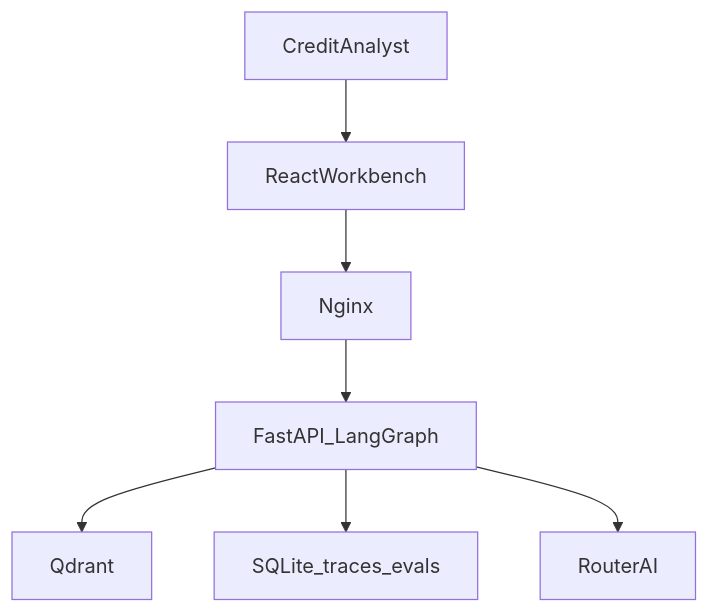
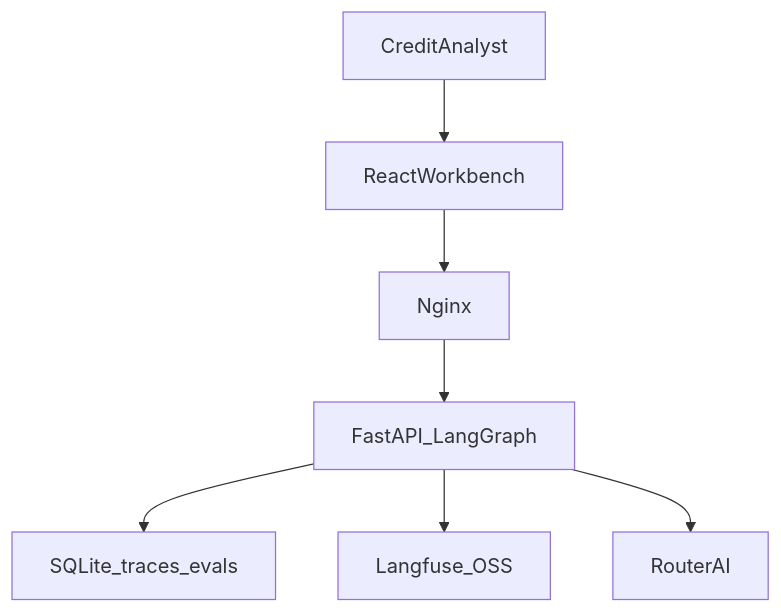
Before and after one commit to AdamCage/scoring-ai-agents-langchain: the diagram in docs/screenshots/diagrams/system-context.mmd, drawn with Mermaid. The commit also changed 80 other files, not shown here.

```diff
--- a/docs/screenshots/diagrams/system-context.mmd
+++ b/docs/screenshots/diagrams/system-context.mmd
@@ -1,12 +1,12 @@
 flowchart TB
   Analyst[CreditAnalyst]
   Browser[ReactWorkbench]
   Nginx[Nginx]
   App[FastAPI_LangGraph]
-  Qdrant[Qdrant]
   SQLite[SQLite_traces_evals]
+  Langfuse[Langfuse_OSS]
   RouterAI[RouterAI]
   Analyst --> Browser --> Nginx --> App
-  App --> Qdrant
   App --> SQLite
+  App --> Langfuse
   App --> RouterAI
```
